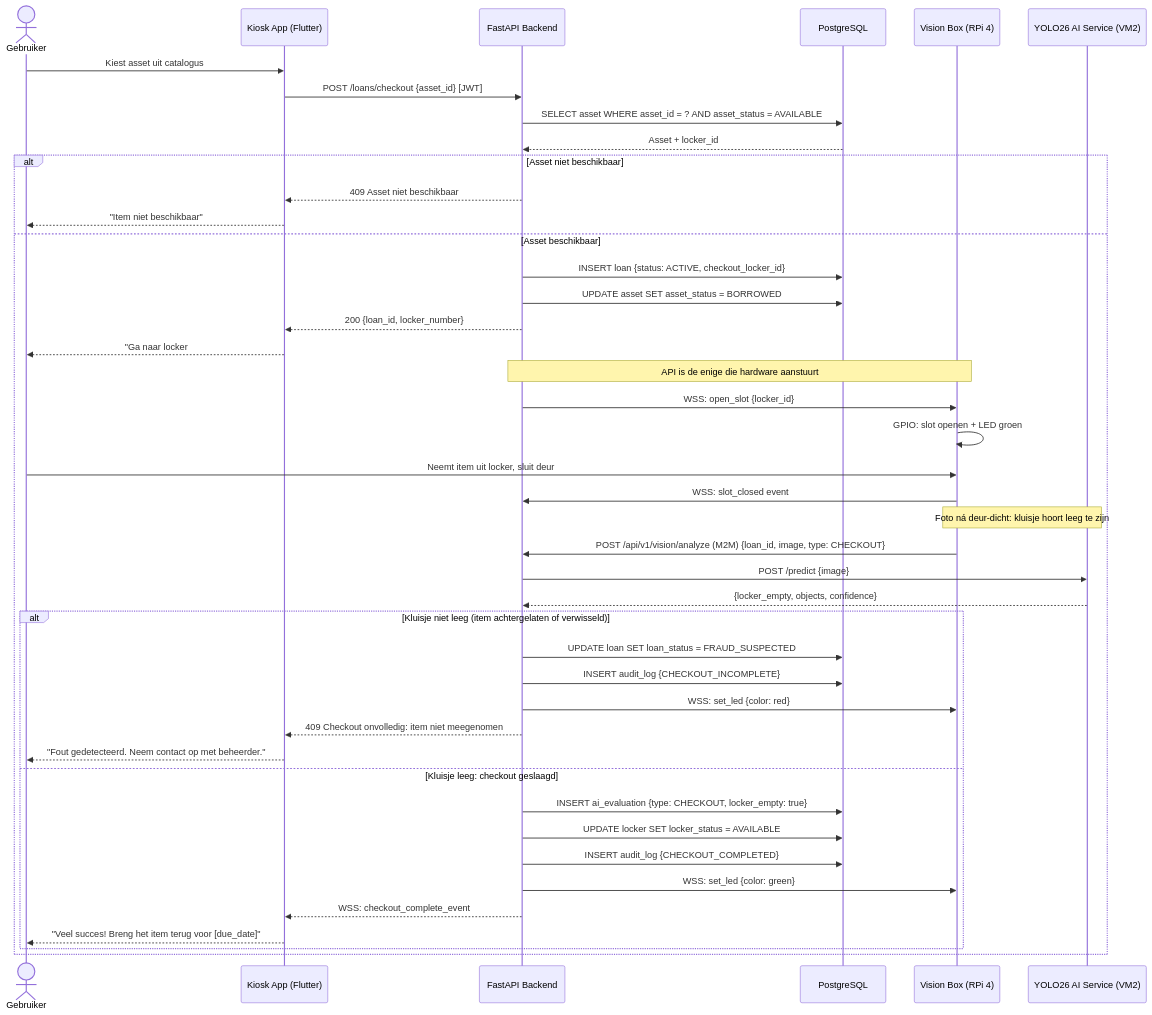
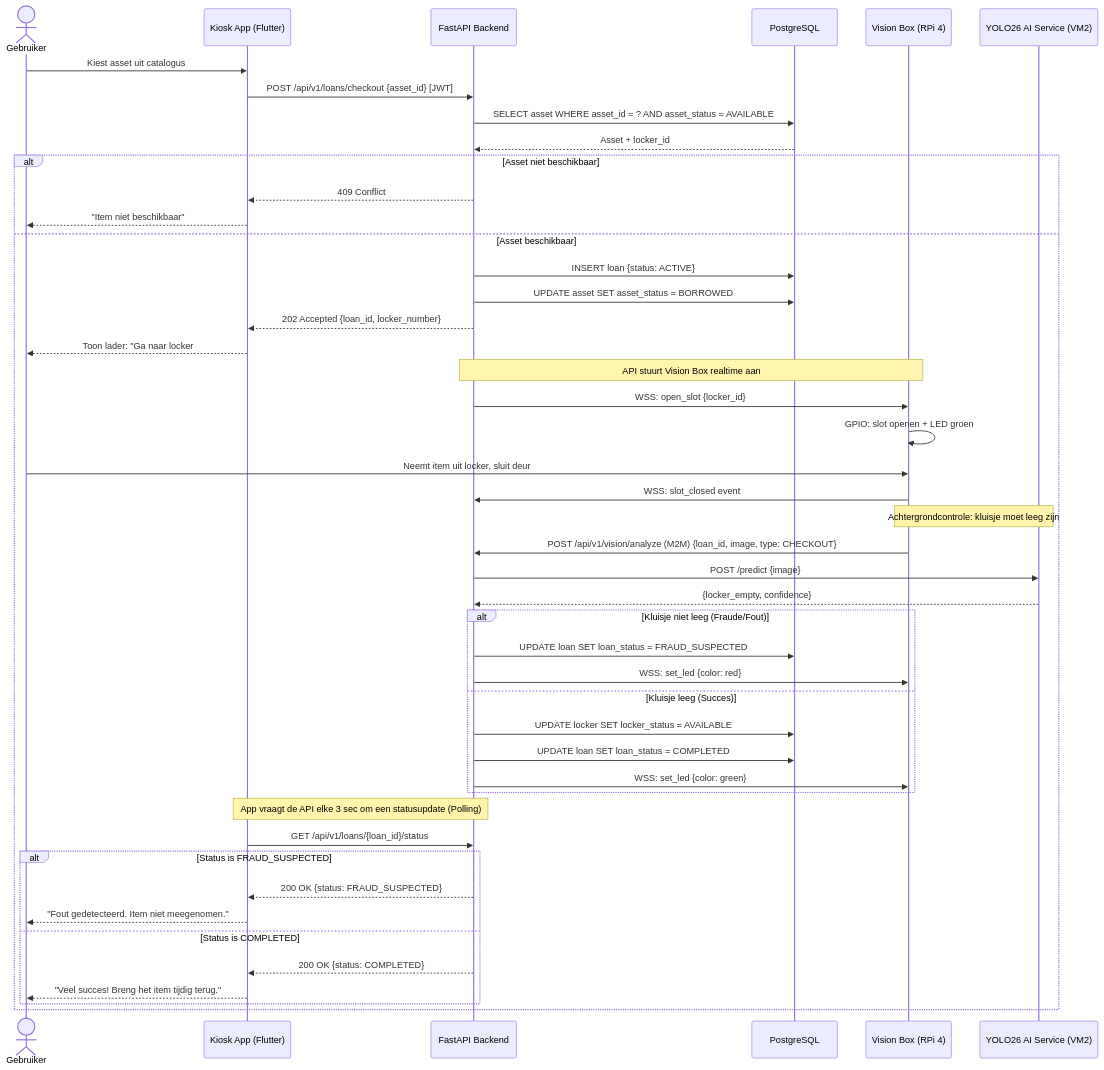
The second of 4 diagrams in docs/workflows.md (easylend-practice-enterprise/easylend), drawn with Mermaid before and after one commit. The commit also changed other lines of this file and 4 other files, not shown here.

Commit message:
docs: align architecture.md logical topology with REST polling strategy

````diff
--- a/docs/workflows.md
+++ b/docs/workflows.md
@@ -68,51 +69,57 @@
 ```mermaid
 sequenceDiagram
     actor User as Gebruiker
     participant App as Kiosk App (Flutter)
     participant API as FastAPI Backend
     participant DB as PostgreSQL
     participant VB as Vision Box (RPi 4)
     participant AI as YOLO26 AI Service (VM2)
 
     User->>App: Kiest asset uit catalogus
-    App->>API: POST /loans/checkout {asset_id} [JWT]
+    App->>API: POST /api/v1/loans/checkout {asset_id} [JWT]
     API->>DB: SELECT asset WHERE asset_id = ? AND asset_status = AVAILABLE
     DB-->>API: Asset + locker_id
 
     alt Asset niet beschikbaar
-        API-->>App: 409 Asset niet beschikbaar
+        API-->>App: 409 Conflict
         App-->>User: "Item niet beschikbaar"
     else Asset beschikbaar
-        API->>DB: INSERT loan {status: ACTIVE, checkout_locker_id}
+        API->>DB: INSERT loan {status: ACTIVE}
         API->>DB: UPDATE asset SET asset_status = BORROWED
-        API-->>App: 200 {loan_id, locker_number}
-        App-->>User: "Ga naar locker #N"
+        API-->>App: 202 Accepted {loan_id, locker_number}
+        App-->>User: Toon lader: "Ga naar locker #N"
 
-        Note over API,VB: API is de enige die hardware aanstuurt
+        Note over API,VB: API stuurt Vision Box realtime aan
         API->>VB: WSS: open_slot {locker_id}
         VB->>VB: GPIO: slot openen + LED groen
 
         User->>VB: Neemt item uit locker, sluit deur
         VB->>API: WSS: slot_closed event
 
-        Note over VB,AI: Foto ná deur-dicht: kluisje hoort leeg te zijn
+        Note over VB,AI: Achtergrondcontrole: kluisje moet leeg zijn
         VB->>API: POST /api/v1/vision/analyze (M2M) {loan_id, image, type: CHECKOUT}
         API->>AI: POST /predict {image}
-        AI-->>API: {locker_empty, objects, confidence}
+        AI-->>API: {locker_empty, confidence}
 
-        alt Kluisje niet leeg (item achtergelaten of verwisseld)
+        alt Kluisje niet leeg (Fraude/Fout)
             API->>DB: UPDATE loan SET loan_status = FRAUD_SUSPECTED
-            API->>DB: INSERT audit_log {CHECKOUT_INCOMPLETE}
             API->>VB: WSS: set_led {color: red}
-            API-->>App: 409 Checkout onvolledig: item niet meegenomen
-            App-->>User: "Fout gedetecteerd. Neem contact op met beheerder."
-        else Kluisje leeg: checkout geslaagd
-            API->>DB: INSERT ai_evaluation {type: CHECKOUT, locker_empty: true}
+        else Kluisje leeg (Succes)
             API->>DB: UPDATE locker SET locker_status = AVAILABLE
-            API->>DB: INSERT audit_log {CHECKOUT_COMPLETED}
+            API->>DB: UPDATE loan SET loan_status = COMPLETED
             API->>VB: WSS: set_led {color: green}
-            API-->>App: WSS: checkout_complete_event
-            App-->>User: "Veel succes! Breng het item terug voor [due_date]"
+        end
+
+        Note over App,API: App vraagt de API elke 3 sec om een statusupdate (Polling)
+        App->>API: GET /api/v1/loans/{loan_id}/status
+        
+        alt Status is FRAUD_SUSPECTED
+            API-->>App: 200 OK {status: FRAUD_SUSPECTED}
+            App-->>User: "Fout gedetecteerd. Item niet meegenomen."
+        else Status is COMPLETED
+            API-->>App: 200 OK {status: COMPLETED}
+            App-->>User: "Veel succes! Breng het item tijdig terug."
         end
     end
+
 ```
````
